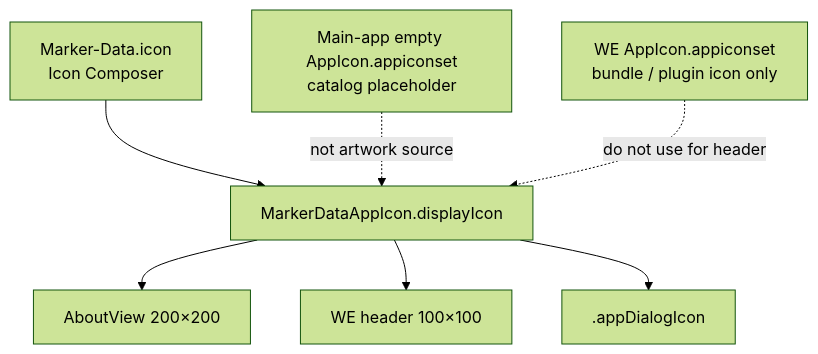
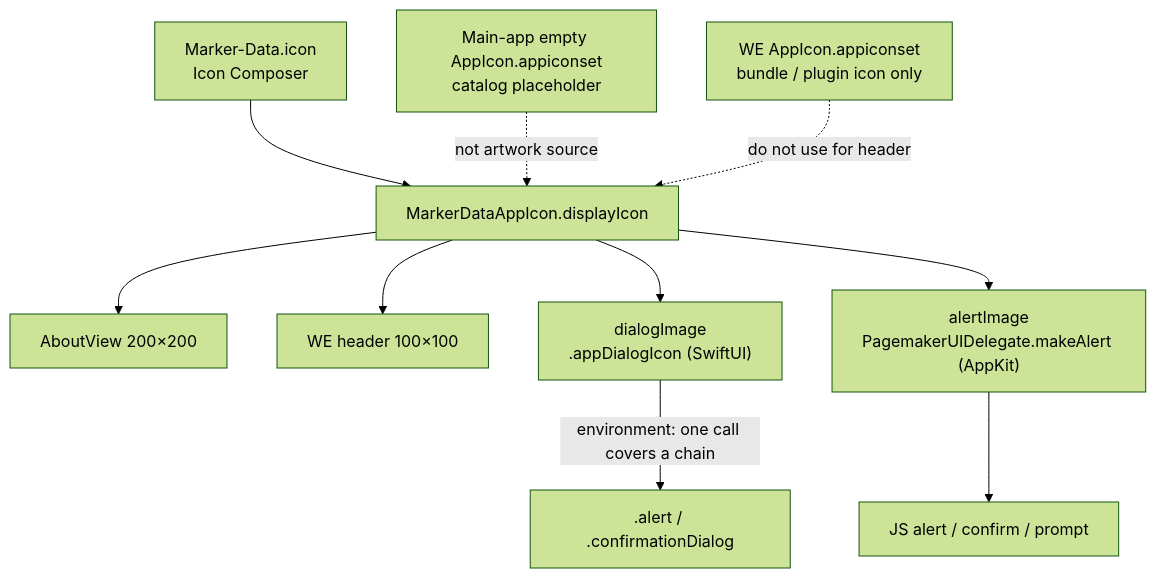
The ninth of 9 diagrams in ARCHITECTURE.md (TheAcharya/MarkerData), drawn with Mermaid (forest theme) before and after one commit. The commit also changed other lines of this file and 4 other files, not shown here.

Commit message:
Audit agent docs: dialog icon propagation, Pagemaker confirm, Color persistence.

````diff
--- a/ARCHITECTURE.md
+++ b/ARCHITECTURE.md
@@ -663,17 +664,21 @@
 ```mermaid
 flowchart TB
   DOC["Marker-Data.icon<br/>Icon Composer"]
   CAT["Main-app empty AppIcon.appiconset<br/>catalog placeholder"]
   APPEX["WE AppIcon.appiconset<br/>bundle / plugin icon only"]
   MD["MarkerDataAppIcon.displayIcon"]
   ABOUT["AboutView 200×200"]
   WEH["WE header 100×100"]
-  ALERTS[".appDialogIcon"]
+  ALERTS["dialogImage<br/>.appDialogIcon (SwiftUI)"]
+  NSA["alertImage<br/>PagemakerUIDelegate.makeAlert (AppKit)"]
 
   DOC --> MD
   CAT -.->|not artwork source| MD
   APPEX -.->|do not use for header| MD
   MD --> ABOUT
   MD --> WEH
   MD --> ALERTS
+  MD --> NSA
+  ALERTS -->|environment: one call covers a chain| DLG[".alert / .confirmationDialog"]
+  NSA --> JS["JS alert / confirm / prompt"]
 ```
````
